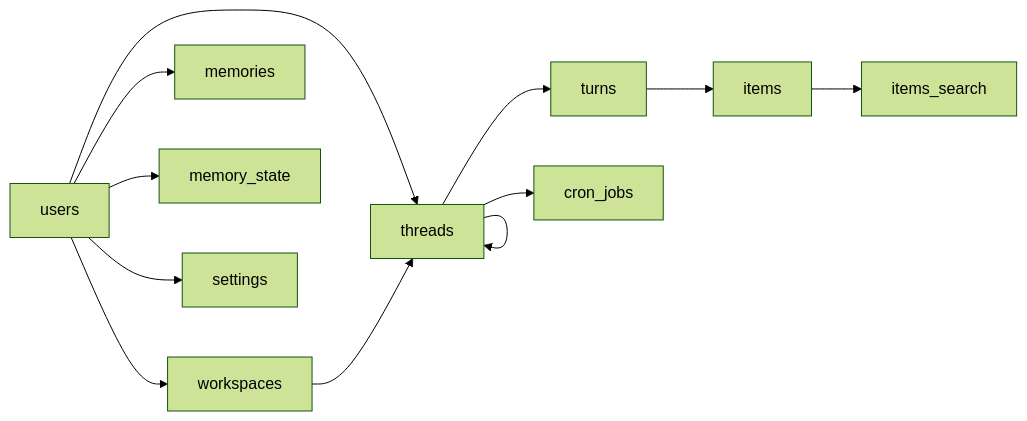
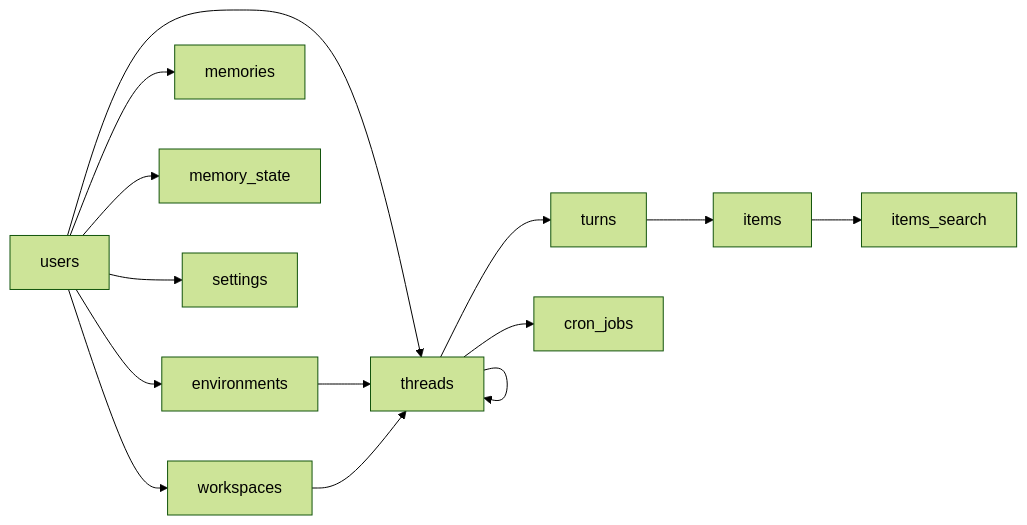
The first of 2 diagrams in docs/zh/engine/persistence.md (0xfakeSpike/ollupi-docs), drawn with Mermaid (forest theme) before and after one commit. The commit also changed other lines of this file and 22 other files, not shown here.

````diff
--- a/docs/zh/engine/persistence.md
+++ b/docs/zh/engine/persistence.md
@@ -37,14 +37,16 @@
 ```mermaid
 flowchart LR
   users["users"] --> workspaces["workspaces"]
   users --> threads["threads"]
   users --> memories["memories"]
   users --> memory_state["memory_state"]
   users --> settings["settings"]
+  users --> environments["environments"]
+  environments --> threads
   workspaces --> threads
   threads --> threads
   threads --> turns["turns"]
   turns --> items["items"]
   threads --> cron_jobs["cron_jobs"]
   items --> items_search["items_search"]
 ```
````
